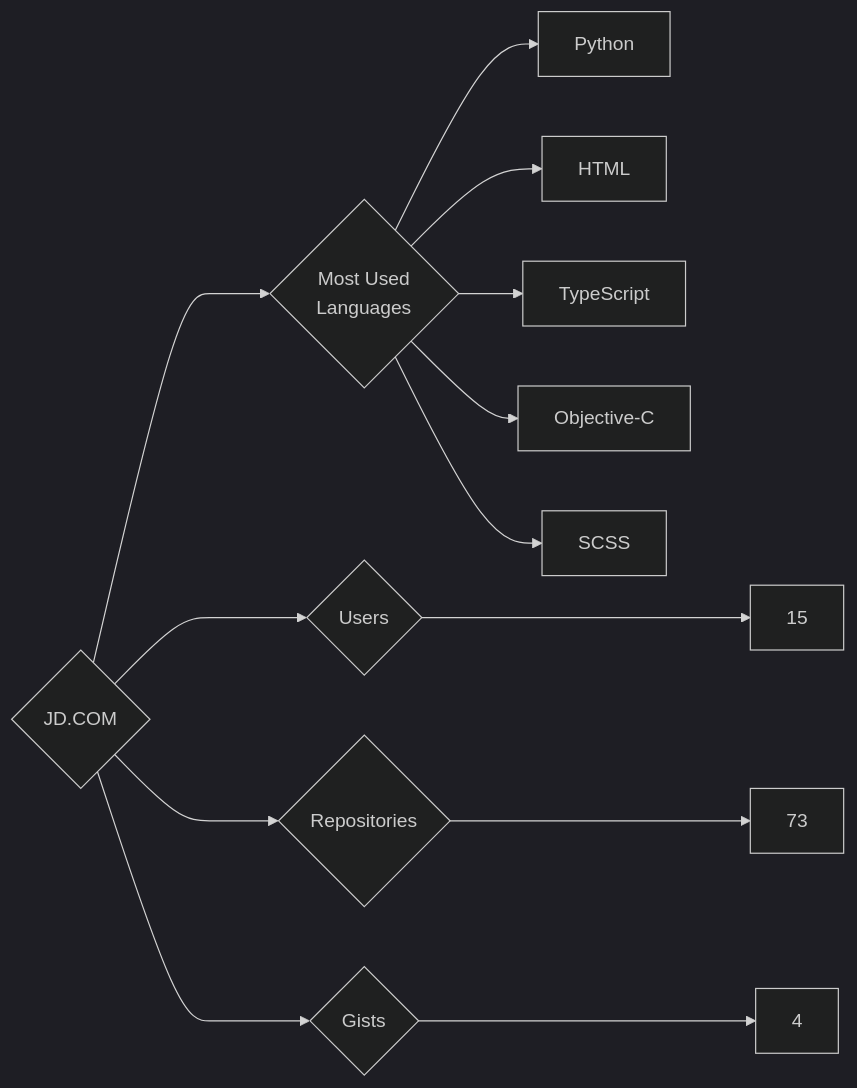
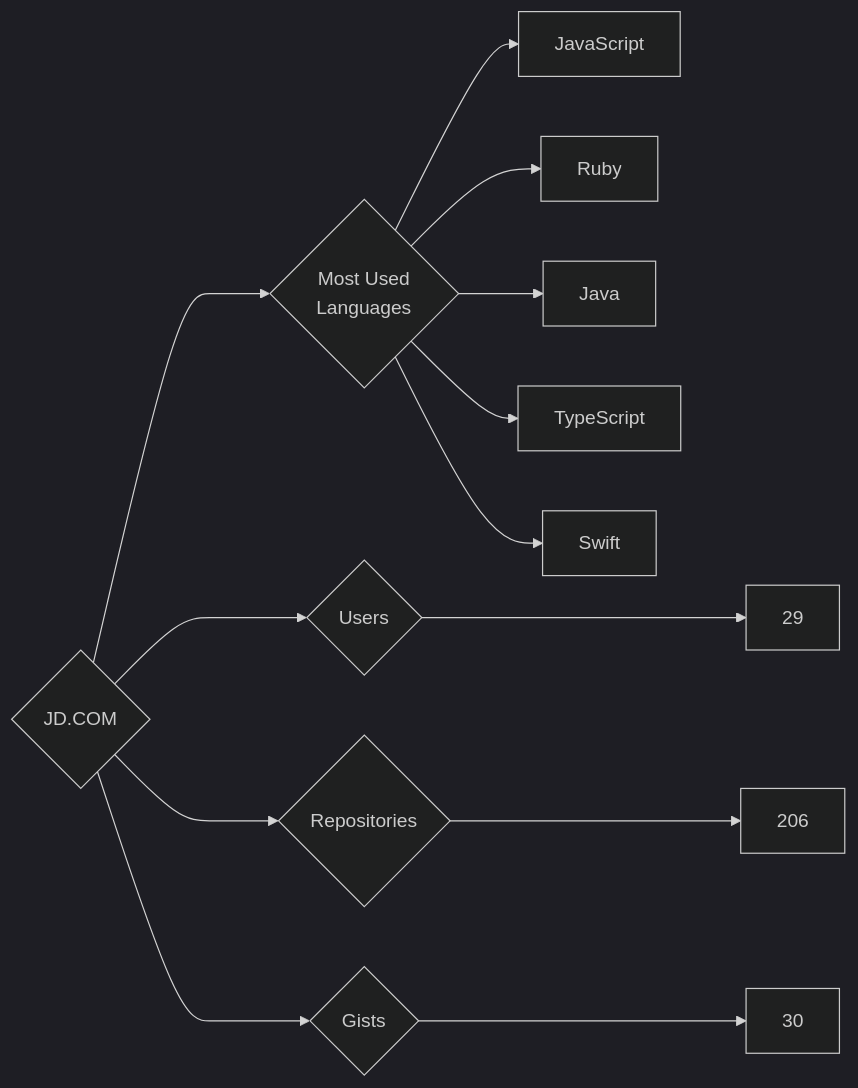
The diagram in targets/JD.COM/README.md (trickest/insiders), drawn with Mermaid (dark theme) before and after one commit. The commit also changed 799 other files, not shown here.

````diff
--- a/targets/JD.COM/README.md
+++ b/targets/JD.COM/README.md
@@ -3,13 +3,13 @@
 ```mermaid
 graph LR
 COMPANY_NAME{JD.COM}
-COMPANY_NAME ---> U{Users} ---> UN[15]
-COMPANY_NAME ---> R{Repositories} ---> RN[73]
-COMPANY_NAME ---> G{Gists} ---> GN[4]
+COMPANY_NAME ---> U{Users} ---> UN[29]
+COMPANY_NAME ---> R{Repositories} ---> RN[206]
+COMPANY_NAME ---> G{Gists} ---> GN[30]
 COMPANY_NAME ---> ML{Most Used<br>Languages}
-ML --> Python[Python]
-ML --> HTML[HTML]
+ML --> JavaScript[JavaScript]
+ML --> Ruby[Ruby]
+ML --> Java[Java]
 ML --> TypeScript[TypeScript]
-ML --> Objective-C[Objective-C]
-ML --> SCSS[SCSS]
+ML --> Swift[Swift]
 ```
````
